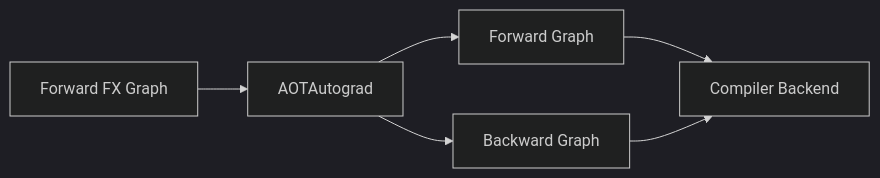
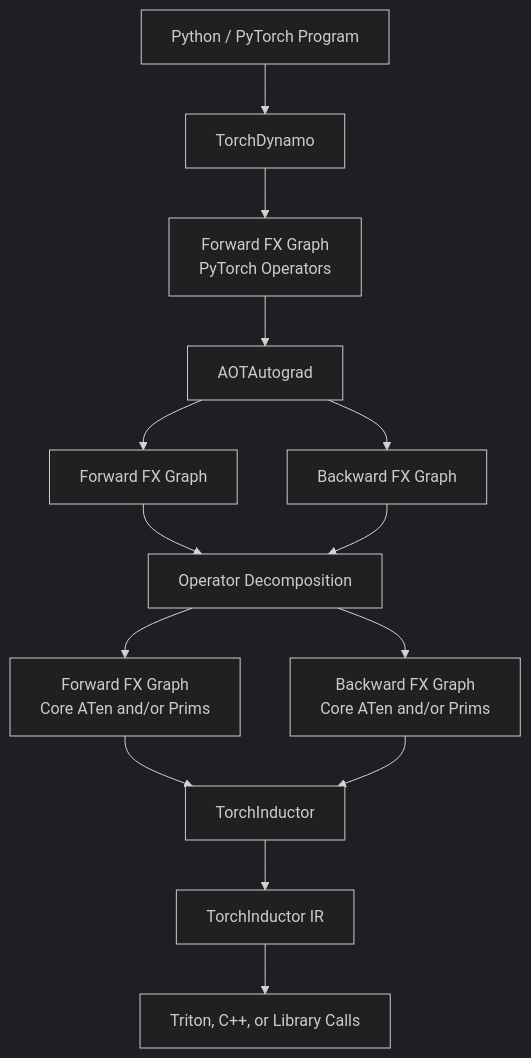
Before and after one commit to hdimmfh/hdimmfh.github.io: the sixth of 17 diagrams in _posts/2026-07-15-PythonToKernels.md, drawn with Mermaid (dark theme). The commit also changed other lines of this file, not shown here.

````diff
--- a/_posts/2026-07-15-PythonToKernels.md
+++ b/_posts/2026-07-15-PythonToKernels.md
@@ -220,14 +233,39 @@
 ```mermaid
-flowchart LR
-    GRAPH["Forward FX Graph"]
+flowchart TD
+    PYTHON["Python / PyTorch Program"]
+    DYNAMO["TorchDynamo"]
+    CAPTURED["Forward FX Graph<br/>PyTorch Operators"]
+
     AOT["AOTAutograd"]
-    FORWARD["Forward Graph"]
-    BACKWARD["Backward Graph"]
-    BACKEND["Compiler Backend"]
 
-    GRAPH --> AOT
-    AOT --> FORWARD
-    AOT --> BACKWARD
-    FORWARD --> BACKEND
-    BACKWARD --> BACKEND
+    FW["Forward FX Graph"]
+    BW["Backward FX Graph"]
+
+    DECOMP["Operator Decomposition"]
+
+    FW_ATEN["Forward FX Graph<br/>Core ATen and/or Prims"]
+    BW_ATEN["Backward FX Graph<br/>Core ATen and/or Prims"]
+
+    INDUCTOR["TorchInductor"]
+    INDUCTOR_IR["TorchInductor IR"]
+    CODEGEN["Triton, C++, or Library Calls"]
+
+    PYTHON --> DYNAMO
+    DYNAMO --> CAPTURED
+    CAPTURED --> AOT
+
+    AOT --> FW
+    AOT --> BW
+
+    FW --> DECOMP
+    BW --> DECOMP
+
+    DECOMP --> FW_ATEN
+    DECOMP --> BW_ATEN
+
+    FW_ATEN --> INDUCTOR
+    BW_ATEN --> INDUCTOR
+
+    INDUCTOR --> INDUCTOR_IR
+    INDUCTOR_IR --> CODEGEN
 ```
````
